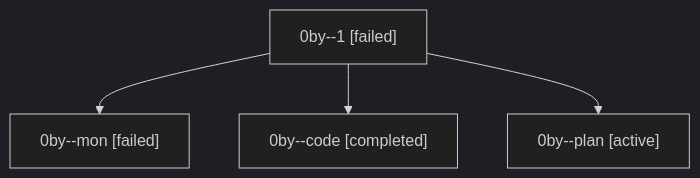
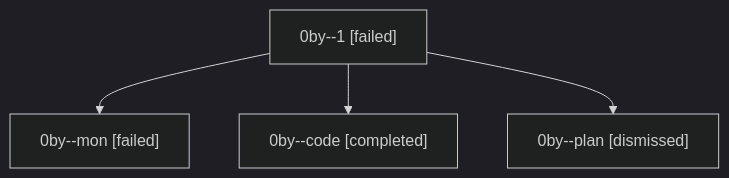
One commit to sase-org/sase--agents changed the diagram in sessions/bbugyi200.athena.0by.md. Above: the diagram before and after it, drawn with Mermaid (dark theme). The commit also changed other lines of this file and 29 other files, not shown here.

````diff
--- a/sessions/bbugyi200.athena.0by.md
+++ b/sessions/bbugyi200.athena.0by.md
@@ -9,10 +9,10 @@
 ```mermaid
 flowchart TD
   n0["0by--1 [failed]"]
   n1["0by--mon [failed]"]
   n0 --> n1
   n2["0by--code [completed]"]
   n0 --> n2
-  n3["0by--plan [active]"]
+  n3["0by--plan [dismissed]"]
   n0 --> n3
 ```
````
